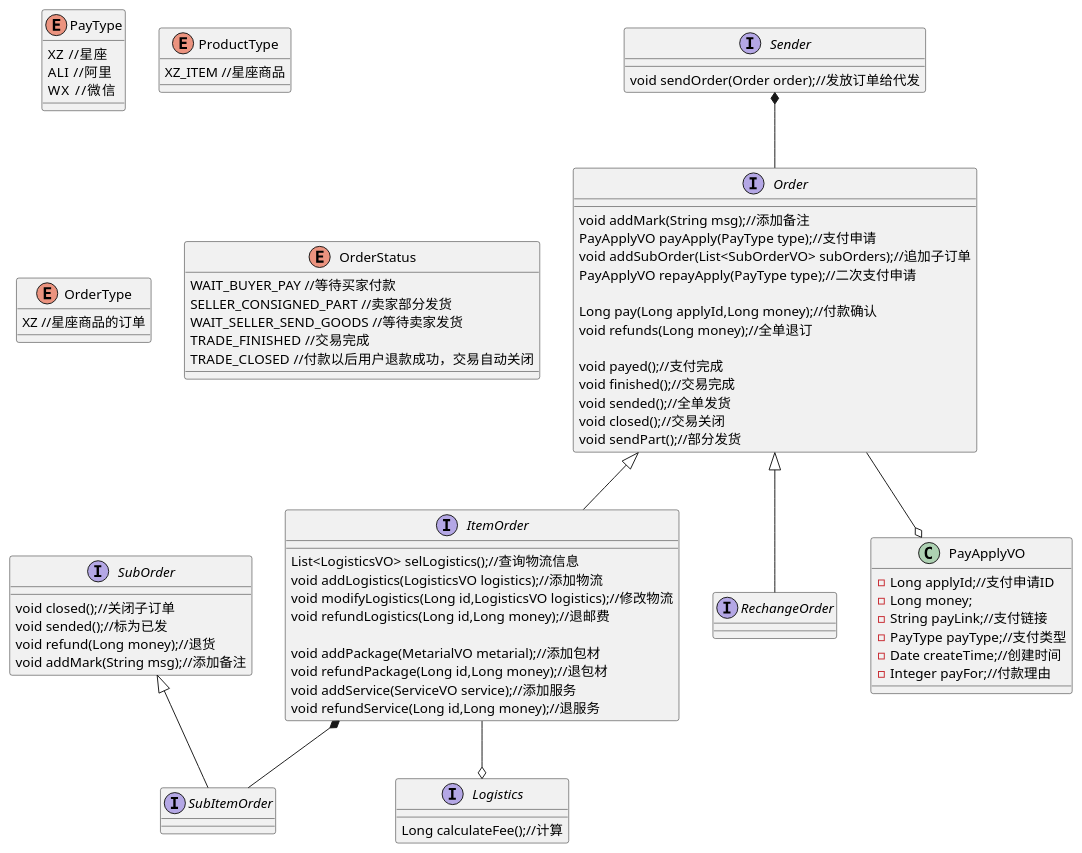
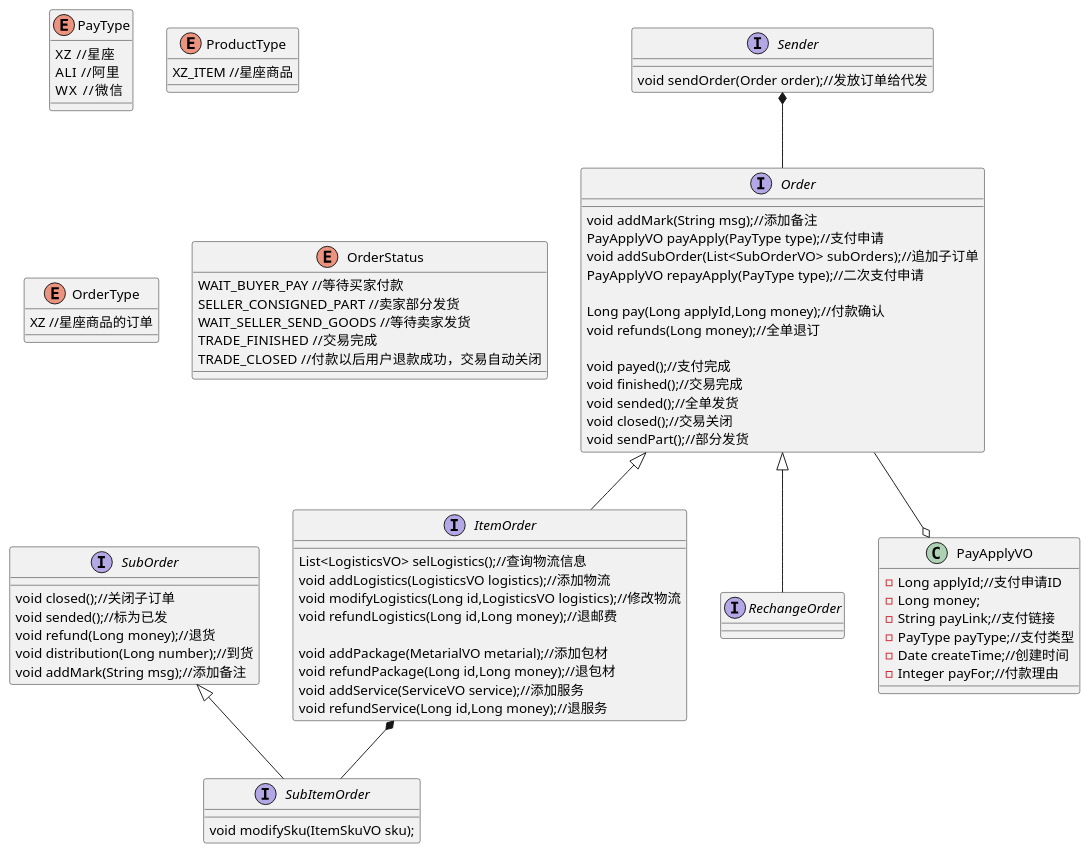
One commit to pogy/main-pom changed the diagram in main4-order/main4-order-api/src/main/resources/orderClass.puml. Above: the diagram before and after it, drawn with PlantUML. The commit also changed 1 other file, not shown here.

```diff
--- a/main4-order/main4-order-api/src/main/resources/orderClass.puml
+++ b/main4-order/main4-order-api/src/main/resources/orderClass.puml
@@ -1,100 +1,96 @@
 @startuml
 enum PayType{
 XZ  //星座
 ALI  //阿里
 WX   //微信
 }
 
 interface Order{
 void addMark(String msg);//添加备注
 PayApplyVO payApply(PayType type);//支付申请
 void addSubOrder(List<SubOrderVO> subOrders);//追加子订单
 PayApplyVO repayApply(PayType type);//二次支付申请
 
 Long pay(Long applyId,Long money);//付款确认
 void refunds(Long money);//全单退订
 
 void payed();//支付完成
 void finished();//交易完成
 void sended();//全单发货
 void closed();//交易关闭
 void sendPart();//部分发货
 
 }
 
 interface ItemOrder{
 List<LogisticsVO> selLogistics();//查询物流信息
 void addLogistics(LogisticsVO logistics);//添加物流
 void modifyLogistics(Long id,LogisticsVO logistics);//修改物流
 void refundLogistics(Long id,Long money);//退邮费
 
 void addPackage(MetarialVO metarial);//添加包材
 void refundPackage(Long id,Long money);//退包材
 void addService(ServiceVO service);//添加服务
 void refundService(Long id,Long money);//退服务
 }
 
 interface RechangeOrder{
 
 }
 
 interface SubOrder{
 void closed();//关闭子订单
 void sended();//标为已发
 void refund(Long money);//退货
+void distribution(Long number);//到货
 void addMark(String msg);//添加备注
 }
 
 interface SubItemOrder{
-
-}
-
-interface Logistics{
-Long calculateFee();//计算
+void modifySku(ItemSkuVO sku);
 }
 
 interface Sender{
 void sendOrder(Order order);//发放订单给代发
 }
 
 enum ProductType{
 XZ_ITEM //星座商品
 
 }
 
 enum OrderType{
 XZ //星座商品的订单
 
 }
 
 enum OrderStatus{
 WAIT_BUYER_PAY //等待买家付款
 SELLER_CONSIGNED_PART //卖家部分发货
 WAIT_SELLER_SEND_GOODS //等待卖家发货
 TRADE_FINISHED  //交易完成
 TRADE_CLOSED  //付款以后用户退款成功，交易自动关闭
 
 }
 
 
 
 class PayApplyVO{
 -Long applyId;//支付申请ID
 -Long money;
 -String payLink;//支付链接
 -PayType payType;//支付类型
 -Date createTime;//创建时间
 -Integer payFor;//付款理由
 }
 
 SubOrder <|-- SubItemOrder
 Order <|-- ItemOrder
-ItemOrder --o Logistics
 Order <|-- RechangeOrder
 ItemOrder *-- SubItemOrder
 Sender *-- Order
 
 Order --o PayApplyVO
 
 
 @enduml
```
